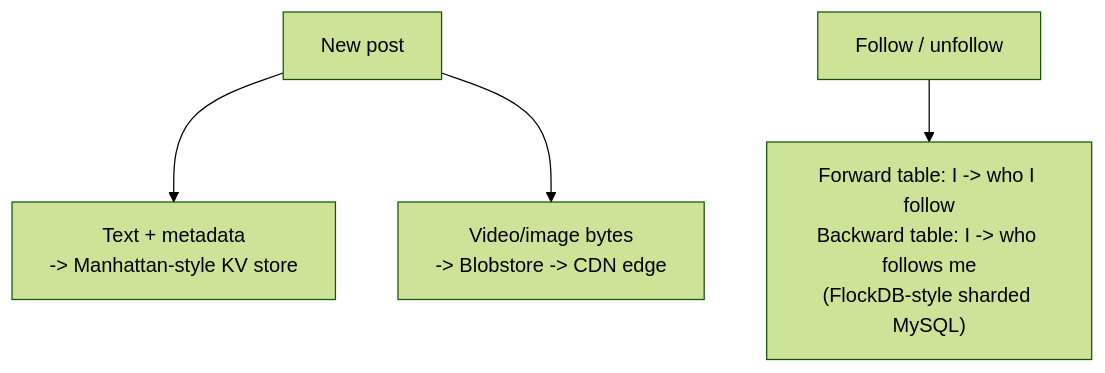
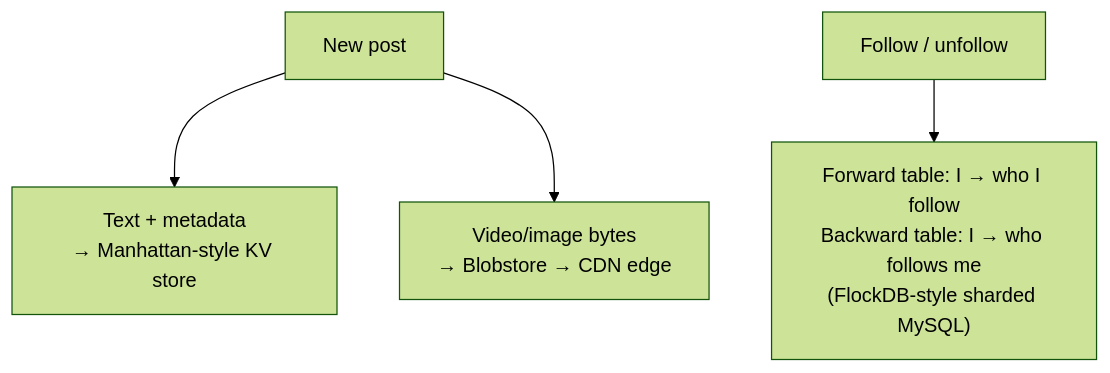
The eighth of 16 diagrams in system-design/HLD/0-course/31-Design Twitter-FAANG-Guide-story.md (riyaz-pasha/Learnings), drawn with Mermaid (forest theme) before and after one commit. The commit also changed other lines of this file and 1 other file, not shown here.

Commit message:
[REWRITE] Design Twitter story guide: simplify prose, add structure, fix diagrams

````diff
--- a/system-design/HLD/0-course/31-Design Twitter-FAANG-Guide-story.md
+++ b/system-design/HLD/0-course/31-Design Twitter-FAANG-Guide-story.md
@@ -177,6 +325,6 @@
 ```mermaid
 flowchart TD
-    POST["New post"] --> META["Text + metadata\n-> Manhattan-style KV store"]
-    POST --> MEDIA["Video/image bytes\n-> Blobstore -> CDN edge"]
-    FOLLOW["Follow / unfollow"] --> GRAPH["Forward table: I -> who I follow\nBackward table: I -> who follows me\n(FlockDB-style sharded MySQL)"]
+    POST["New post"] --> META["Text + metadata<br/>→ Manhattan-style KV store"]
+    POST --> MEDIA["Video/image bytes<br/>→ Blobstore → CDN edge"]
+    FOLLOW["Follow / unfollow"] --> GRAPH["Forward table: I → who I follow<br/>Backward table: I → who follows me<br/>(FlockDB-style sharded MySQL)"]
 ```
````
